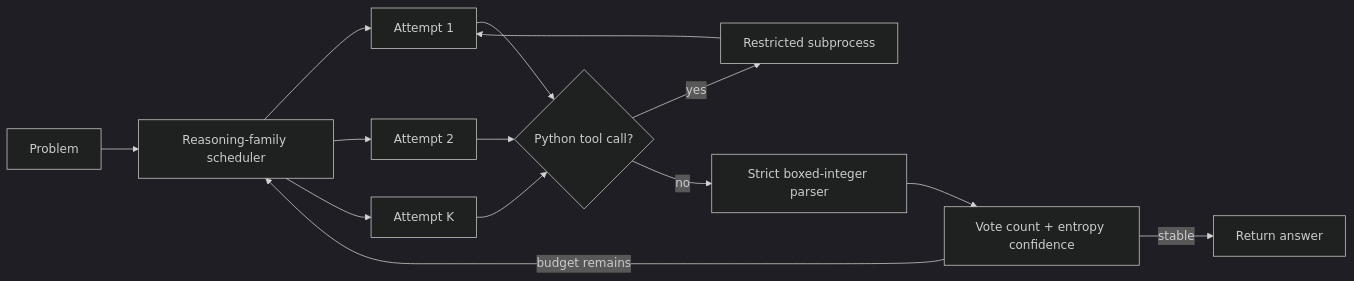
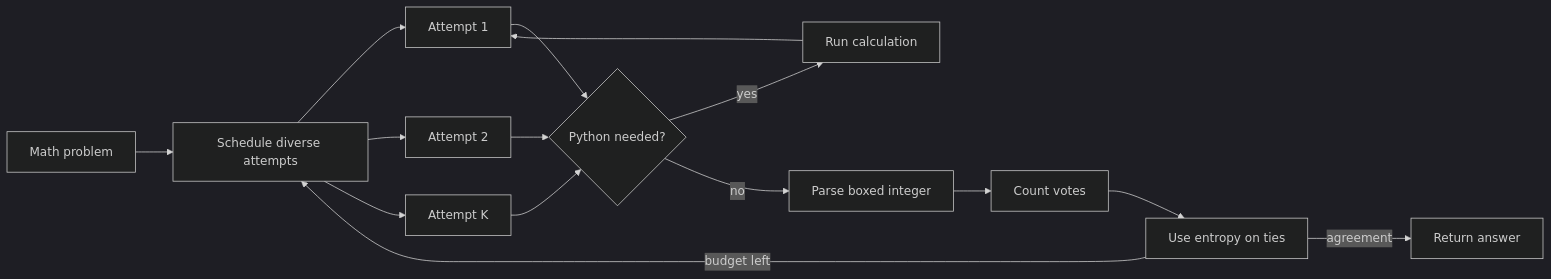
The diagram in README.md (xufenghe/aimo3-agentic-inference), drawn with Mermaid (dark theme) before and after one commit. The commit also changed other lines of this file and 10 other files, not shown here.

````diff
--- a/README.md
+++ b/README.md
@@ -93,14 +101,15 @@
 ```mermaid
 flowchart LR
-    P[Problem] --> D[Reasoning-family scheduler]
-    D --> A1[Attempt 1]
-    D --> A2[Attempt 2]
-    D --> AK[Attempt K]
-    A1 & A2 & AK --> T{Python tool call?}
-    T -->|yes| X[Restricted subprocess]
+    P[Math problem] --> S[Schedule diverse attempts]
+    S --> A1[Attempt 1]
+    S --> A2[Attempt 2]
+    S --> AK[Attempt K]
+    A1 & A2 & AK --> T{Python needed?}
+    T -->|yes| X[Run calculation]
     X --> A1
-    T -->|no| V[Strict boxed-integer parser]
-    V --> C[Vote count + entropy confidence]
-    C -->|stable| R[Return answer]
-    C -->|budget remains| D
+    T -->|no| B[Parse boxed integer]
+    B --> V[Count votes]
+    V --> E[Use entropy on ties]
+    E -->|agreement| R[Return answer]
+    E -->|budget left| S
 ```
````
